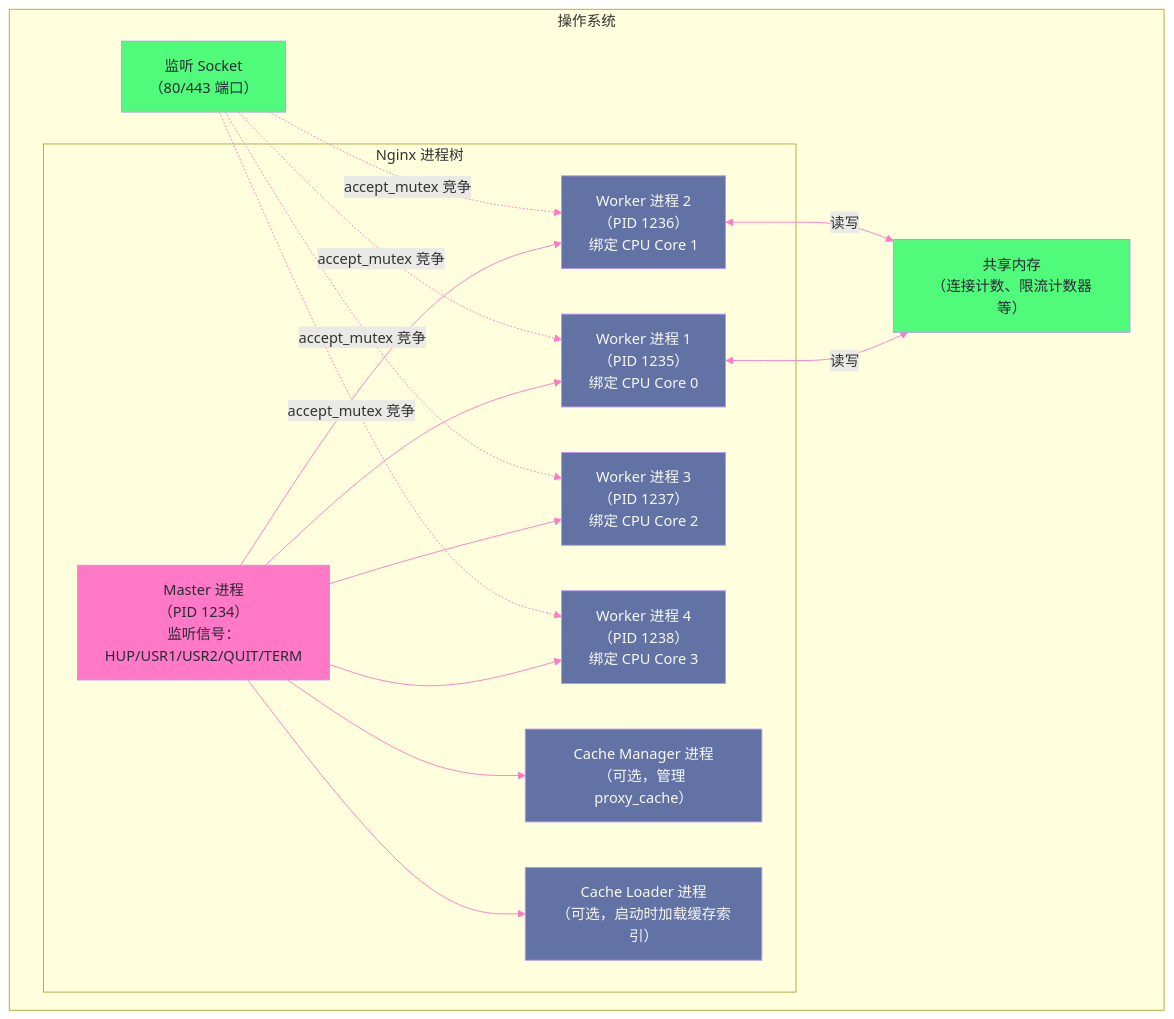
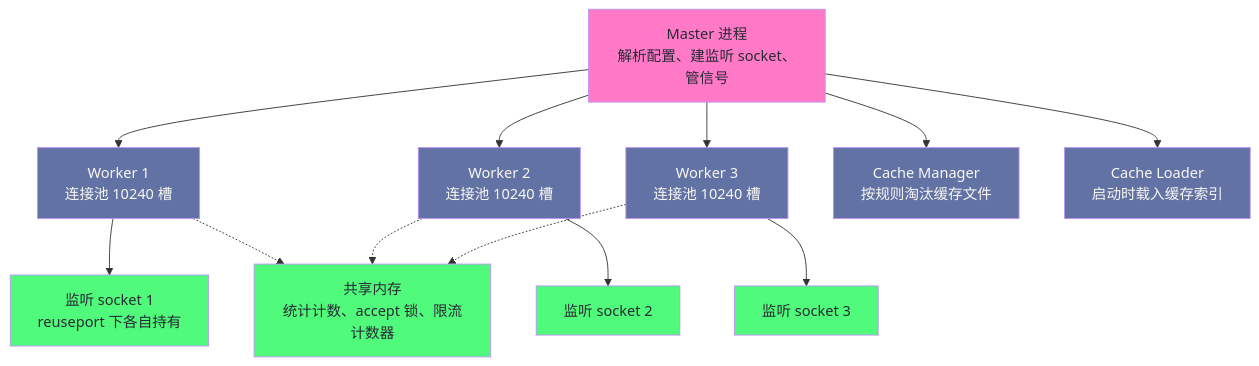
The first of 5 diagrams in content/中间件/Nginx/Nginx深度解析专栏/01 事件驱动模型：epoll 与 Master-Worker 进程架构.md (hpliStartAgain/my-brain), drawn with Mermaid before and after one commit. The commit also changed other lines of this file and 455 other files, not shown here.

````diff
--- a/content/中间件/Nginx/Nginx深度解析专栏/01 事件驱动模型：epoll 与 Master-Worker 进程架构.md
+++ b/content/中间件/Nginx/Nginx深度解析专栏/01 事件驱动模型：epoll 与 Master-Worker 进程架构.md
@@ -223,37 +100,21 @@
 ```mermaid
-%%{init: {"theme": "dracula", "themeVariables": {"primaryColor": "#6272a4", "primaryTextColor": "#f8f8f2", "lineColor": "#ff79c6"}}}%%
+%%{init: {'theme': 'dracula'}}%%
 graph TD
-    subgraph OS["操作系统"]
-        subgraph NGINX["Nginx 进程树"]
-            MASTER["Master 进程</br>（PID 1234）</br>监听信号：HUP/USR1/USR2/QUIT/TERM"]
-            W1["Worker 进程 1</br>（PID 1235）</br>绑定 CPU Core 0"]
-            W2["Worker 进程 2</br>（PID 1236）</br>绑定 CPU Core 1"]
-            W3["Worker 进程 3</br>（PID 1237）</br>绑定 CPU Core 2"]
-            W4["Worker 进程 4</br>（PID 1238）</br>绑定 CPU Core 3"]
-            CACHE["Cache Manager 进程</br>（可选，管理 proxy_cache）"]
-            LOADER["Cache Loader 进程</br>（可选，启动时加载缓存索引）"]
-        end
-        SOCKET["监听 Socket</br>（80/443 端口）"]
-        SHM["共享内存</br>（连接计数、限流计数器等）"]
-    end
-
-    MASTER --> W1
-    MASTER --> W2
-    MASTER --> W3
-    MASTER --> W4
-    MASTER --> CACHE
-    MASTER --> LOADER
-    SOCKET -.->|"accept_mutex 竞争"| W1
-    SOCKET -.->|"accept_mutex 竞争"| W2
-    SOCKET -.->|"accept_mutex 竞争"| W3
-    SOCKET -.->|"accept_mutex 竞争"| W4
-    W1 <-->|"读写"| SHM
-    W2 <-->|"读写"| SHM
-
+    M["Master 进程<br/>解析配置、建监听 socket、管信号"] --> W1["Worker 1<br/>连接池 10240 槽"]
+    M --> W2["Worker 2<br/>连接池 10240 槽"]
+    M --> W3["Worker 3<br/>连接池 10240 槽"]
+    M --> CM["Cache Manager<br/>按规则淘汰缓存文件"]
+    M --> CL["Cache Loader<br/>启动时载入缓存索引"]
+    W1 --> L1["监听 socket 1<br/>reuseport 下各自持有"]
+    W2 --> L2["监听 socket 2"]
+    W3 --> L3["监听 socket 3"]
+    W1 -.-> SHM["共享内存<br/>统计计数、accept 锁、限流计数器"]
+    W2 -.-> SHM
+    W3 -.-> SHM
     classDef master fill:#ff79c6,stroke:#bd93f9,color:#282a36
     classDef worker fill:#6272a4,stroke:#bd93f9,color:#f8f8f2
     classDef infra fill:#50fa7b,stroke:#bd93f9,color:#282a36
-    class MASTER master
-    class W1,W2,W3,W4,CACHE,LOADER worker
-    class SOCKET,SHM infra
+    class M master
+    class W1,W2,W3,CM,CL worker
+    class L1,L2,L3,SHM infra
 ```
````
